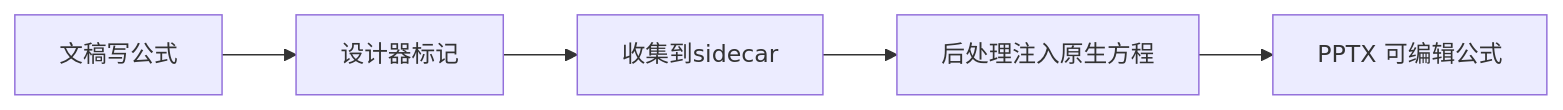
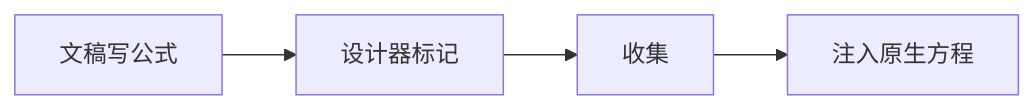
Before and after one commit to int2t05/internship: the ninth of 12 diagrams in manuscript.md, drawn with Mermaid. The commit also changed other lines of this file and 1 other file, not shown here.

````diff
--- a/manuscript.md
+++ b/manuscript.md
@@ -351,7 +327,6 @@
 ```mermaid
 flowchart LR
     R[文稿写公式] --> D[设计器标记]
-    D --> C[收集到sidecar]
-    C --> I[后处理注入原生方程]
-    I --> P[PPTX 可编辑公式]
+    D --> C[收集]
+    C --> I[注入原生方程]
 ```
````
